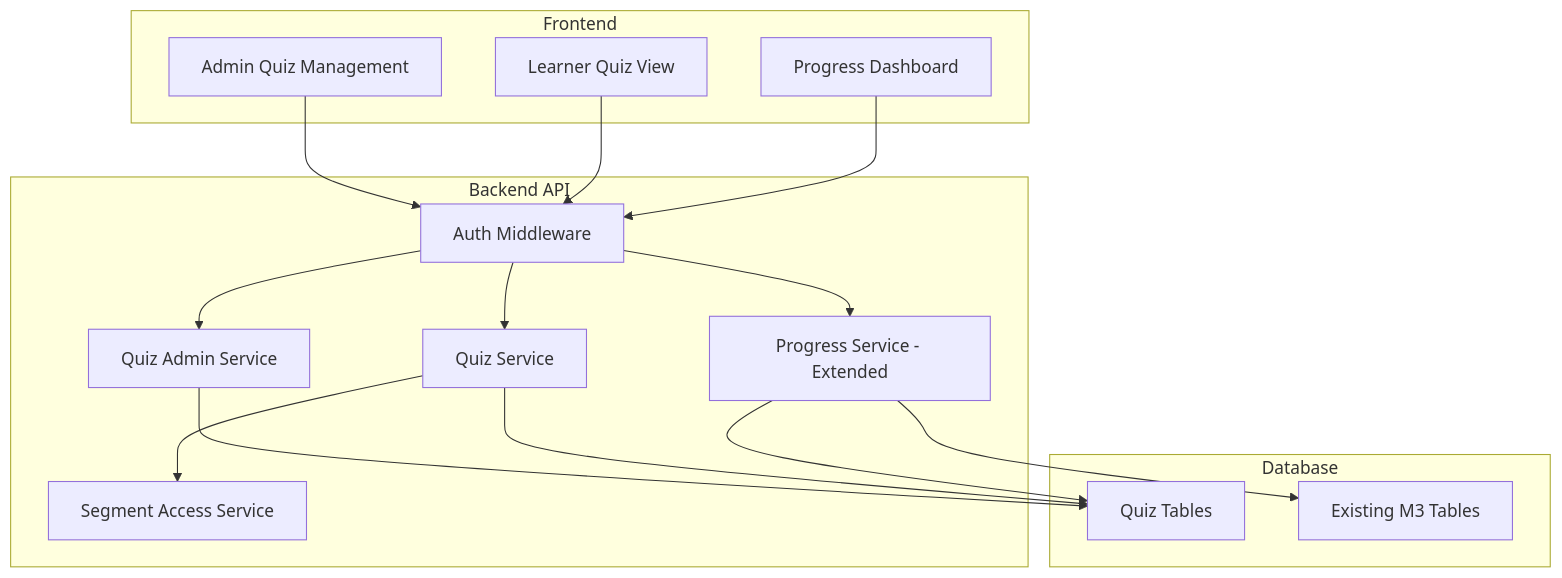
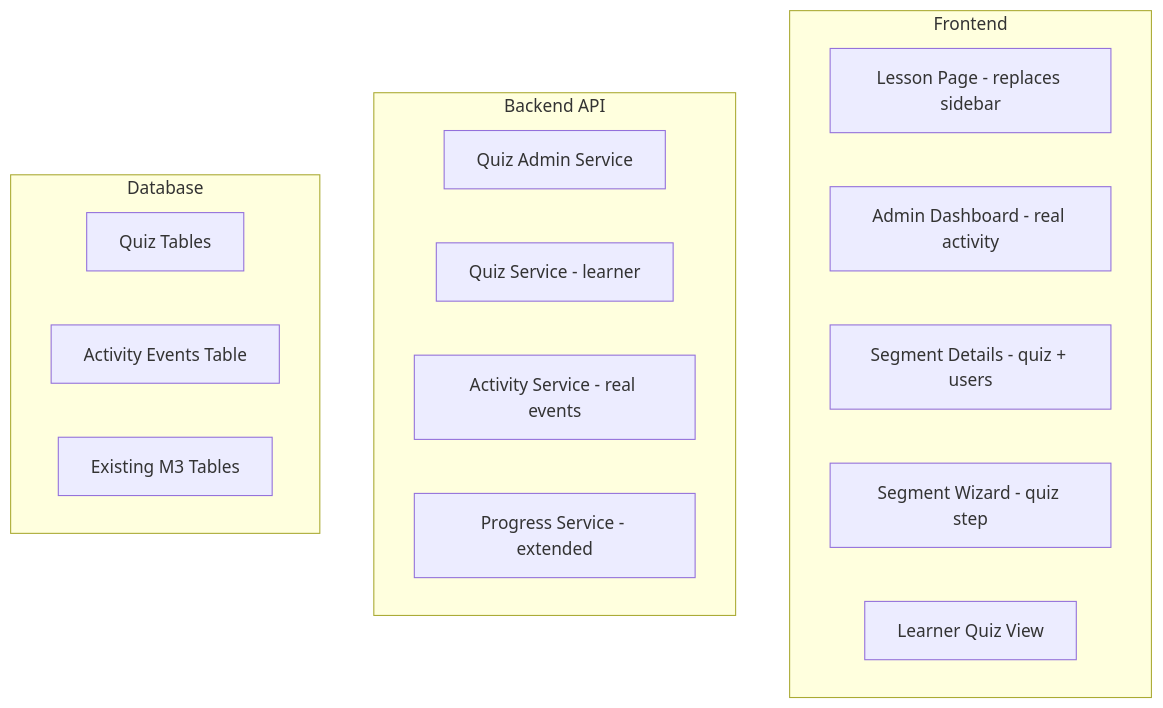
One commit to zenveus-oraza/rhose changed the diagram in .kiro/specs/m4-quizzes-progress-tracking/design.md. Above: the diagram before and after it, drawn with Mermaid. The commit also changed other lines of this file and 59 other files, not shown here.

````diff
--- a/.kiro/specs/m4-quizzes-progress-tracking/design.md
+++ b/.kiro/specs/m4-quizzes-progress-tracking/design.md
@@ -69,35 +58,23 @@
 ```mermaid
 graph TB
     subgraph Frontend
-        AdminUI[Admin Quiz Management]
-        LearnerUI[Learner Quiz View]
-        ProgressUI[Progress Dashboard]
+        LessonPage[Lesson Page - replaces sidebar]
+        AdminDashboard[Admin Dashboard - real activity]
+        SegmentDetails[Segment Details - quiz + users]
+        SegmentWizard[Segment Wizard - quiz step]
+        QuizView[Learner Quiz View]
     end
 
     subgraph Backend API
         QuizAdminService[Quiz Admin Service]
-        QuizService[Quiz Service]
-        ProgressService[Progress Service - Extended]
-        AuthMiddleware[Auth Middleware]
-        SegmentAccessService[Segment Access Service]
+        QuizService[Quiz Service - learner]
+        ActivityService[Activity Service - real events]
+        ProgressService[Progress Service - extended]
     end
 
     subgraph Database
         QuizTables[Quiz Tables]
+        ActivityTable[Activity Events Table]
         ExistingTables[Existing M3 Tables]
     end
-
-    AdminUI --> AuthMiddleware
-    LearnerUI --> AuthMiddleware
-    ProgressUI --> AuthMiddleware
-
-    AuthMiddleware --> QuizAdminService
-    AuthMiddleware --> QuizService
-    AuthMiddleware --> ProgressService
-
-    QuizService --> SegmentAccessService
-    QuizAdminService --> QuizTables
-    QuizService --> QuizTables
-    ProgressService --> QuizTables
-    ProgressService --> ExistingTables
 ```
````
